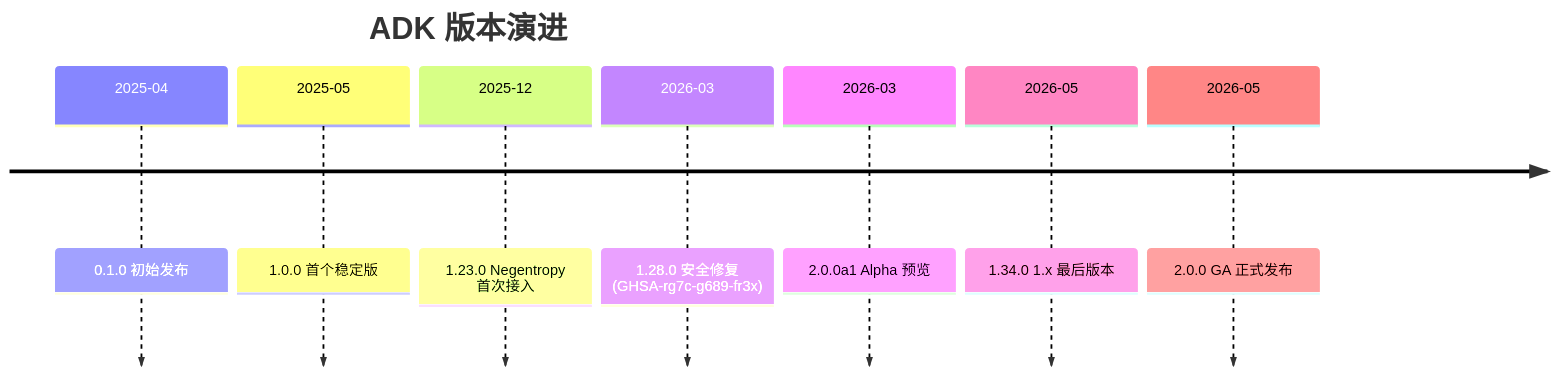
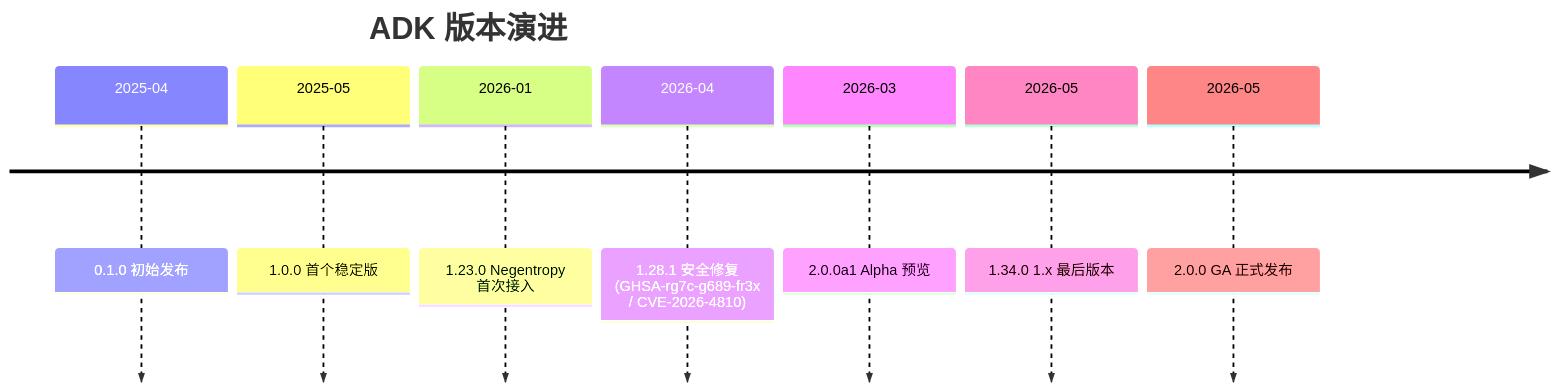
The first of 5 diagrams in docs/research/020b-adk-2.0-upgrade.md (ThreeFish-AI/negentropy), drawn with Mermaid before and after one commit. The commit also changed other lines of this file and 4 other files, not shown here.

````diff
--- a/docs/research/020b-adk-2.0-upgrade.md
+++ b/docs/research/020b-adk-2.0-upgrade.md
@@ -29,11 +29,11 @@
 ```mermaid
 timeline
     title ADK 版本演进
     2025-04 : 0.1.0 初始发布
     2025-05 : 1.0.0 首个稳定版
-    2025-12 : 1.23.0 Negentropy 首次接入
-    2026-03 : 1.28.0 安全修复 (GHSA-rg7c-g689-fr3x)
+    2026-01 : 1.23.0 Negentropy 首次接入
+    2026-04 : 1.28.1 安全修复 (GHSA-rg7c-g689-fr3x / CVE-2026-4810)
     2026-03 : 2.0.0a1 Alpha 预览
     2026-05 : 1.34.0 1.x 最后版本
     2026-05 : 2.0.0 GA 正式发布
 ```
````
